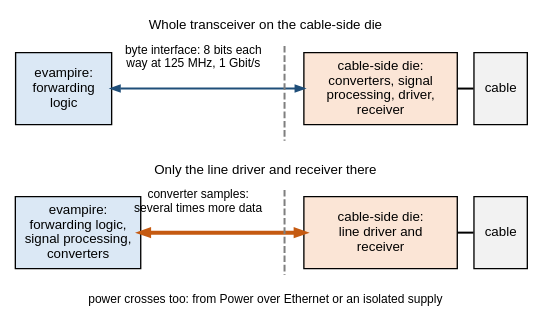
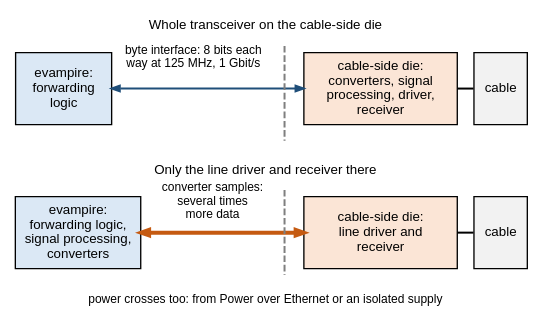
One commit to mithro/evampire changed the diagram in docs/ethernet/magnetics/second-die.dot. Above: the diagram before and after it, drawn with Graphviz.

Commit message:
Move the converter samples label clear of the evampire box

```diff
--- a/docs/ethernet/magnetics/second-die.dot
+++ b/docs/ethernet/magnetics/second-die.dot
@@ -1,48 +1,48 @@
 // Two ways to split the transceiver between evampire and a second die at
 // cable potential, and what crosses the barrier in each.
 //
 // Fixed grid, positions in inches. Top: whole transceiver on the
 // cable-side die. Bottom: only the line driver and receiver there.
 //
 // SPDX-License-Identifier: Apache-2.0
 
 digraph second_die {
     graph [layout=neato, splines=false, outputorder=nodesfirst,
            fontname="Helvetica", fontsize=10];
     node  [fontname="Helvetica", fontsize=9, pin=true, shape=box,
            style=filled, fixedsize=true];
     edge  [penwidth=1.5, arrowsize=0.6, dir=both];
 
     node [shape=plaintext, style="", width=4.6, height=0.22, fontsize=10];
     h1 [pos="2.7,2.75!", label="Whole transceiver on the cable-side die"];
     h2 [pos="2.7,1.25!", label="Only the line driver and receiver there"];
 
     node [shape=box, style=filled, height=0.75];
     e1 [pos="0.6,2.1!", width=1.0, fillcolor="#dbe8f5",
         label="evampire:\nforwarding\nlogic"];
     d1 [pos="3.9,2.1!", width=1.6, fillcolor="#fbe5d6",
         label="cable-side die:\nconverters, signal\nprocessing, driver,\nreceiver"];
     k1 [pos="5.15,2.1!", width=0.55, fillcolor="#f2f2f2", label="cable"];
     e2 [pos="0.75,0.6!", width=1.3, fillcolor="#dbe8f5",
         label="evampire:\nforwarding logic,\nsignal processing,\nconverters"];
     d2 [pos="3.9,0.6!", width=1.6, fillcolor="#fbe5d6",
         label="cable-side die:\nline driver and\nreceiver"];
     k2 [pos="5.15,0.6!", width=0.55, fillcolor="#f2f2f2", label="cable"];
 
     node [shape=plaintext, style="", width=1.9, height=0.35, fontsize=9];
     l1 [pos="1.95,2.42!", label="byte interface: 8 bits each\nway at 125 MHz, 1 Gbit/s"];
-    l2 [pos="2.0,0.92!", label="converter samples:\nseveral times more data"];
+    l2 [pos="2.15,0.92!", label="converter samples:\nseveral times\nmore data"];
     l3 [pos="2.7,-0.1!", width=4.8,
         label="power crosses too: from Power over Ethernet or an isolated supply"];
 
     node [shape=point, width=0.01, height=0.01, style=invis];
     b1 [pos="2.9,2.55!"]; b2 [pos="2.9,1.55!"];
     b3 [pos="2.9,1.05!"]; b4 [pos="2.9,0.15!"];
     b1 -> b2 [dir=none, style=dashed, color="#7f7f7f"];
     b3 -> b4 [dir=none, style=dashed, color="#7f7f7f"];
 
     e1 -> d1 [color="#1f4e79"];
     d1 -> k1 [dir=none];
     e2 -> d2 [color="#c55a11", penwidth=3];
     d2 -> k2 [dir=none];
 }
```
